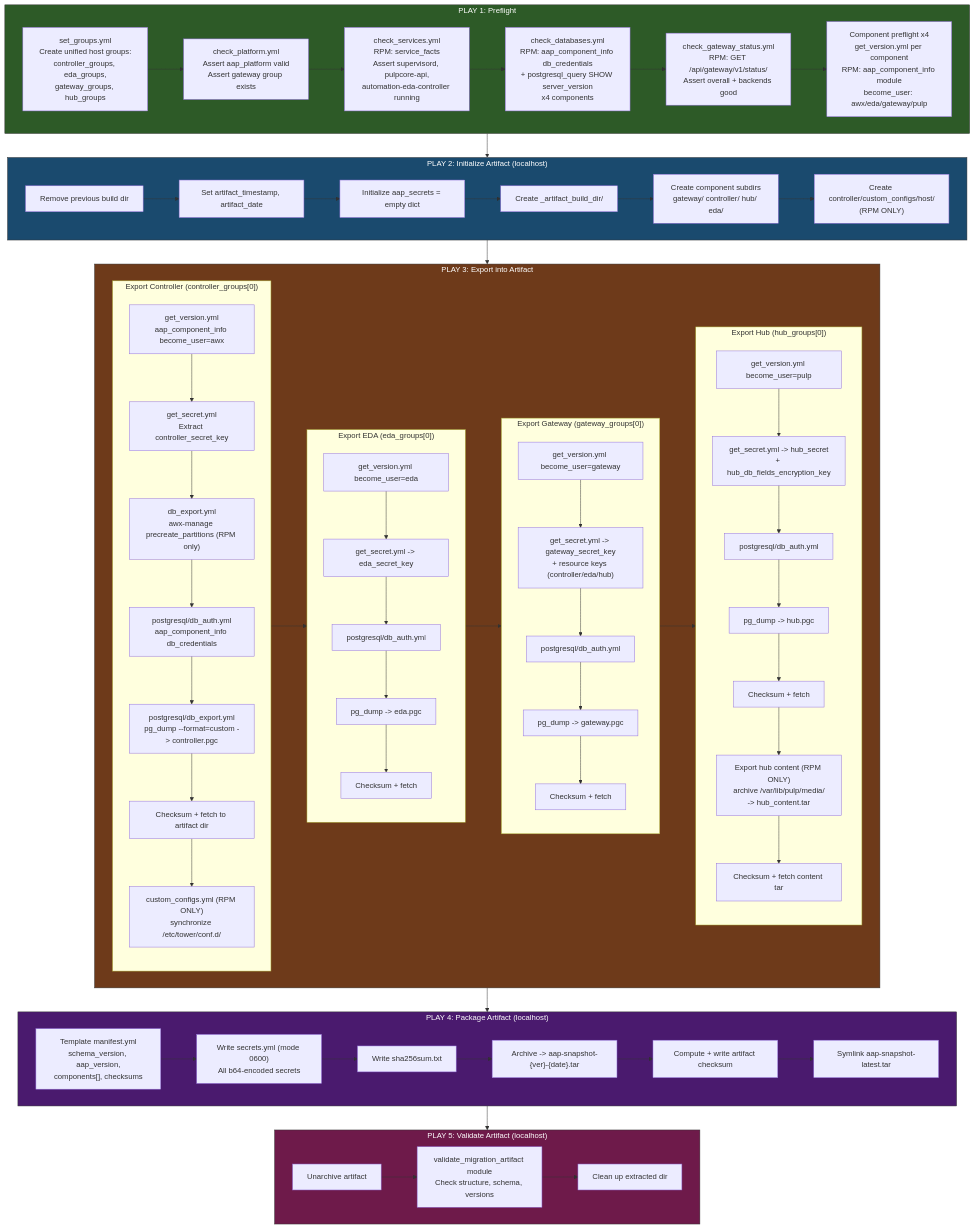
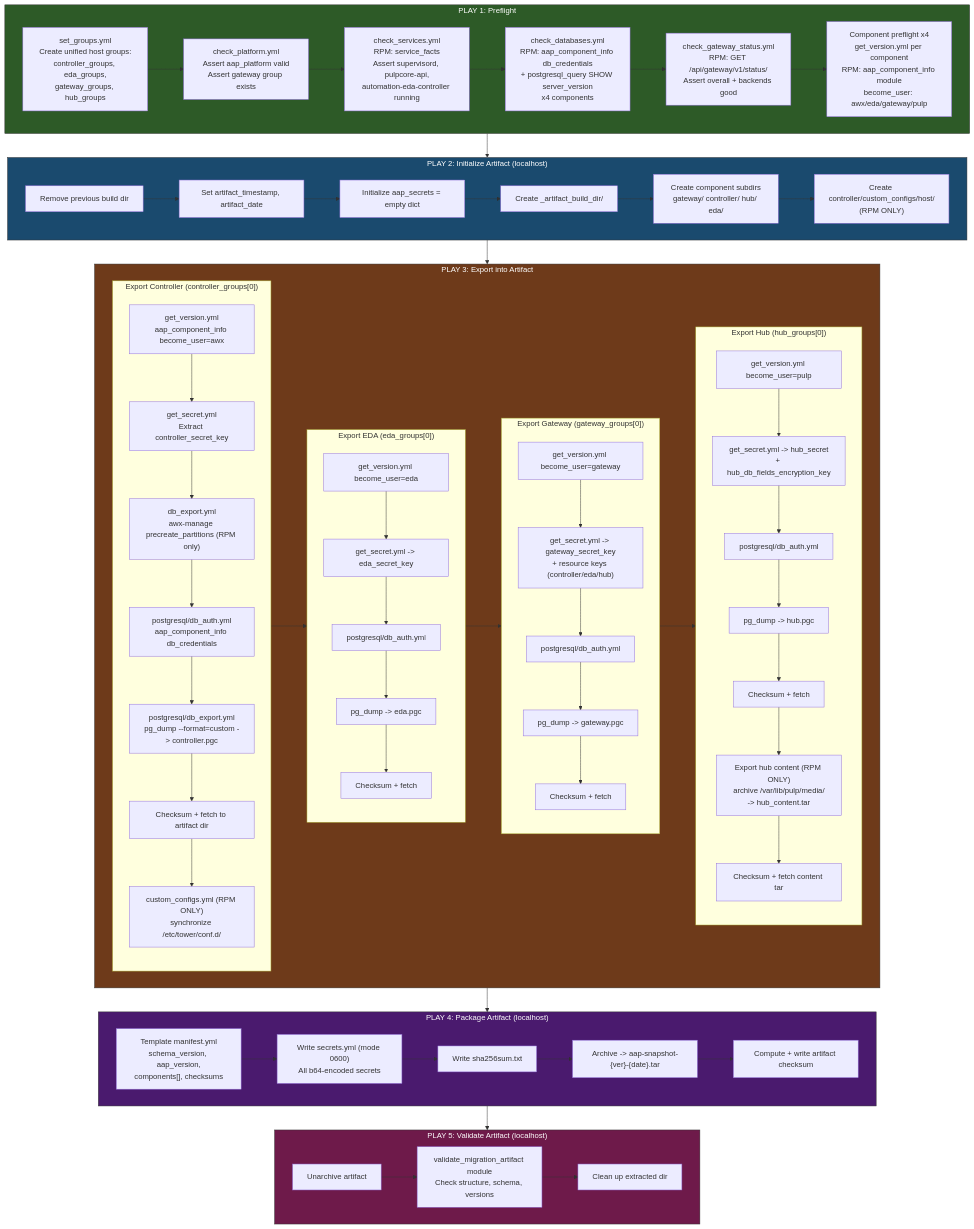
One commit to lucas-benedito/aap-snapshot-collection changed the first of 2 diagrams in docs/flow-diagrams.md. Above: the diagram before and after it, drawn with Mermaid. The commit also changed 11 other files, not shown here.

First line of the commit message:
fix: drop latest symlink and resolve artifact paths before transfer (#16)

```diff
--- a/docs/flow-diagrams.md
+++ b/docs/flow-diagrams.md
@@ -80,9 +80,8 @@
         G3[Write sha256sum.txt]
         G4["Archive -> aap-snapshot-{ver}-{date}.tar"]
         G5[Compute + write artifact checksum]
-        G6[Symlink aap-snapshot-latest.tar]
 
-        G1 --> G2 --> G3 --> G4 --> G5 --> G6
+        G1 --> G2 --> G3 --> G4 --> G5
     end
 
     subgraph PLAY5["PLAY 5: Validate Artifact (localhost)"]
```
